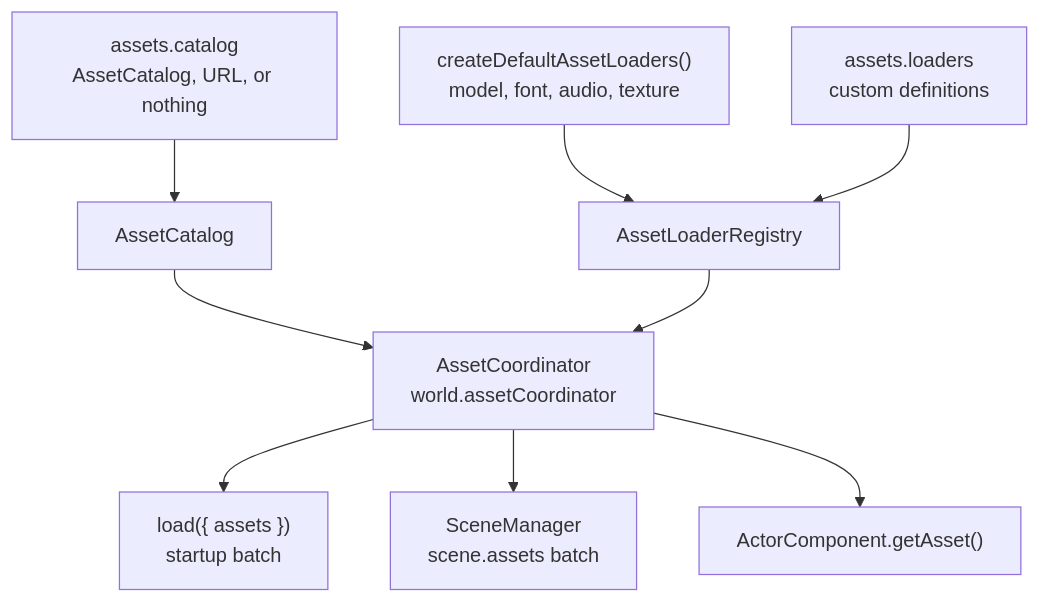
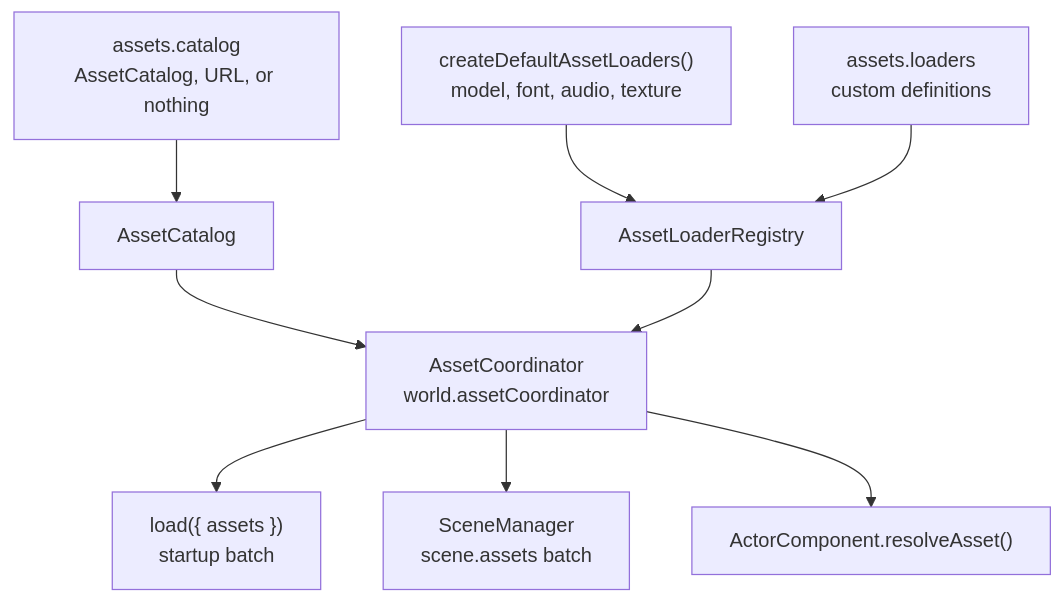
The third of 10 diagrams in packages/runtime/ARCHITECTURE.md (JollyPixel/editor), drawn with Mermaid before and after one commit. The commit also changed 310 other files, not shown here.

````diff
--- a/packages/runtime/ARCHITECTURE.md
+++ b/packages/runtime/ARCHITECTURE.md
@@ -50,11 +50,11 @@
 ```mermaid
 flowchart TB
     Option["assets.catalog<br/>AssetCatalog, URL, or nothing"] --> Catalog["AssetCatalog"]
     Defaults["createDefaultAssetLoaders()<br/>model, font, audio, texture"] --> Registry["AssetLoaderRegistry"]
     Custom["assets.loaders<br/>custom definitions"] --> Registry
     Catalog --> Coordinator["AssetCoordinator<br/>world.assetCoordinator"]
     Registry --> Coordinator
     Coordinator --> Startup["load({ assets })<br/>startup batch"]
     Coordinator --> Scenes["SceneManager<br/>scene.assets batch"]
-    Coordinator --> Components["ActorComponent.getAsset()"]
+    Coordinator --> Components["ActorComponent.resolveAsset()"]
 ```
````
